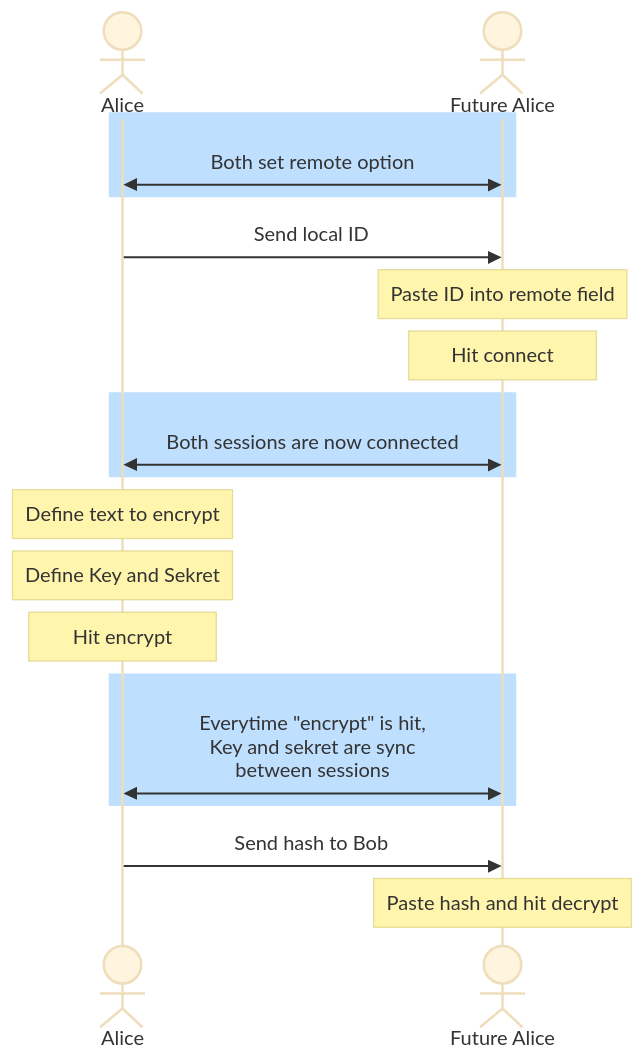
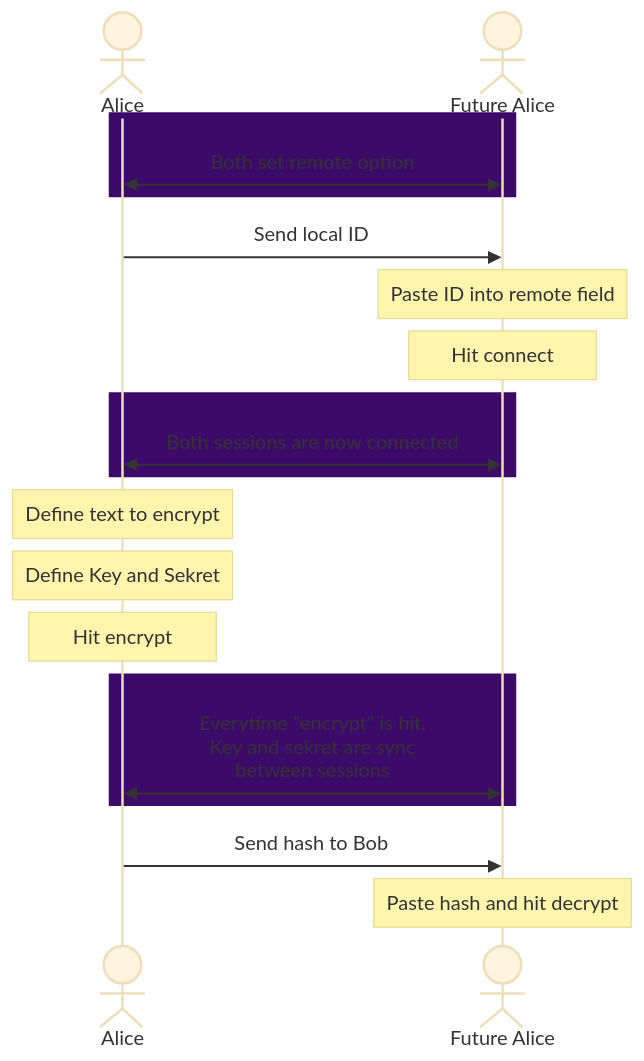
Before and after one commit to ZeroDragon/sekreter: the third of 3 diagrams in README.md, drawn with Mermaid (base theme). The commit also changed other lines of this file, not shown here.

Commit message:
fix mermaid display

````diff
--- a/README.md
+++ b/README.md
@@ -37,22 +37,22 @@
 ```mermaid
 sequenceDiagram
   actor Alice as Alice
   actor Bob as Future Alice
-  rect rgb(191, 223, 255)
+  rect rgb(60, 11, 105)
     Alice <<->> Bob: Both set remote option
   end
   Alice ->> Bob: Send local ID
   Note over Bob: Paste ID into remote field
   Note over Bob: Hit connect
-  rect rgb(191, 223, 255)
+  rect rgb(60, 11, 105)
     Alice <<->> Bob: Both sessions are now connected
   end
   Note over Alice: Define text to encrypt
   Note over Alice: Define Key and Sekret
   Note over Alice: Hit encrypt
-  rect rgb(191, 223, 255)
+  rect rgb(60, 11, 105)
     Alice <<->> Bob: Everytime "encrypt" is hit,<br>Key and sekret are sync<br>between sessions
   end
   Alice ->> Bob: Send hash to Bob
   Note over Bob: Paste hash and hit decrypt
 ```
````
